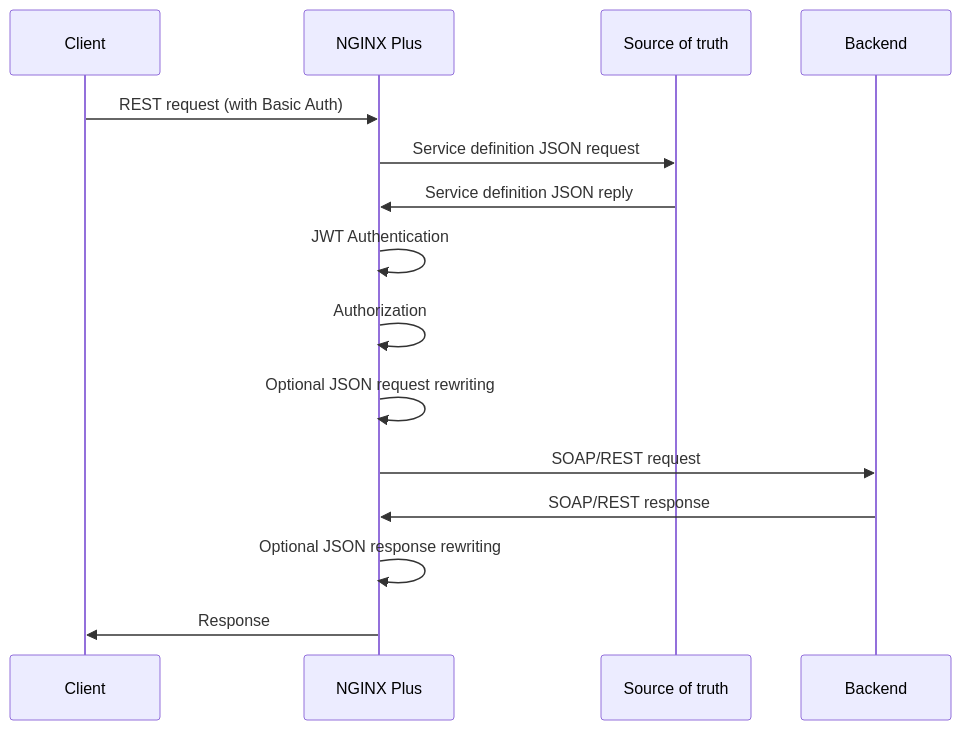
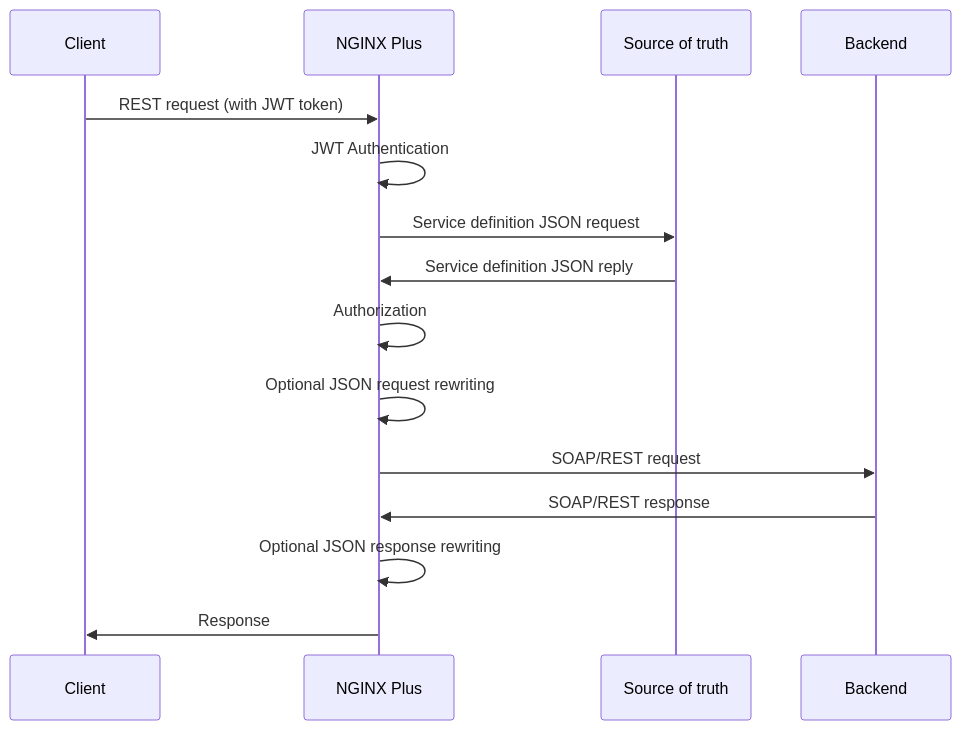
One commit to fabriziofiorucci/NGINX-API-Steering changed the diagram in README.md. Above: the diagram before and after it, drawn with Mermaid.

Commit message:
README updated

````diff
--- a/README.md
+++ b/README.md
@@ -65,13 +65,13 @@
 ```mermaid
 sequenceDiagram
-    Client->>NGINX Plus: REST request (with Basic Auth)
+    Client->>NGINX Plus: REST request (with JWT token)
+    NGINX Plus->>NGINX Plus: JWT Authentication
     NGINX Plus->>Source of truth: Service definition JSON request
     Source of truth->>NGINX Plus: Service definition JSON reply
-    NGINX Plus->>NGINX Plus: JWT Authentication
     NGINX Plus->>NGINX Plus: Authorization
     NGINX Plus->>NGINX Plus: Optional JSON request rewriting
     NGINX Plus->>Backend: SOAP/REST request
     Backend->>NGINX Plus: SOAP/REST response
     NGINX Plus->>NGINX Plus: Optional JSON response rewriting
     NGINX Plus->>Client: Response
 ```
````
